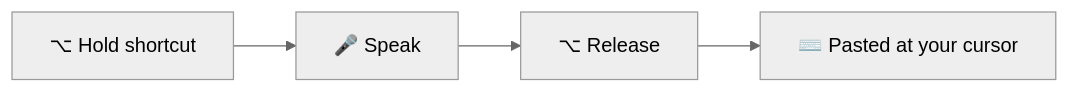
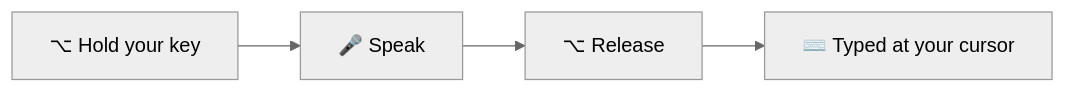
One commit to AustinJiangH/PrivoVoice changed the first of 2 diagrams in README.md. Above: the diagram before and after it, drawn with Mermaid (neutral theme). The commit also changed other lines of this file and 5 other files, not shown here.

````diff
--- a/README.md
+++ b/README.md
@@ -26,4 +31,4 @@
 ```mermaid
 flowchart LR
-    A["⌥ Hold shortcut"] --> B["🎤 Speak"] --> C["⌥ Release"] --> D["⌨️ Pasted at your cursor"]
+    A["⌥ Hold your key"] --> B["🎤 Speak"] --> C["⌥ Release"] --> D["⌨️ Typed at your cursor"]
 ```
````
